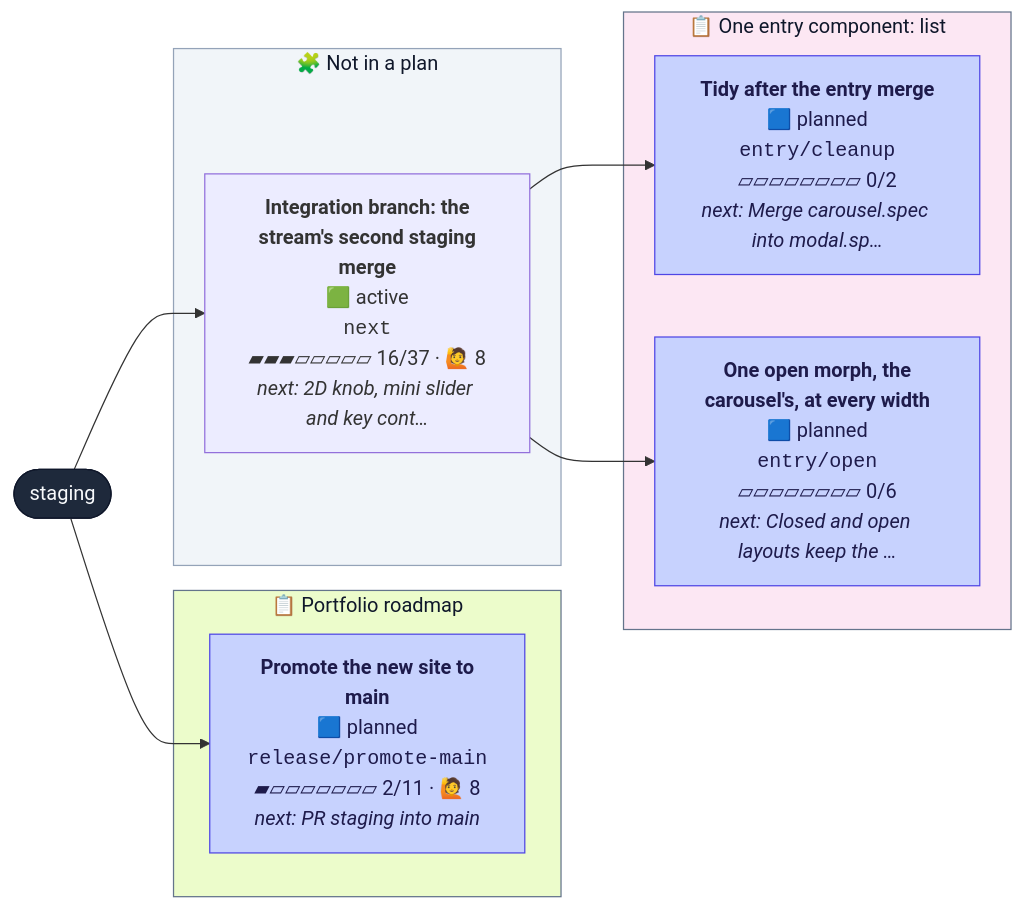
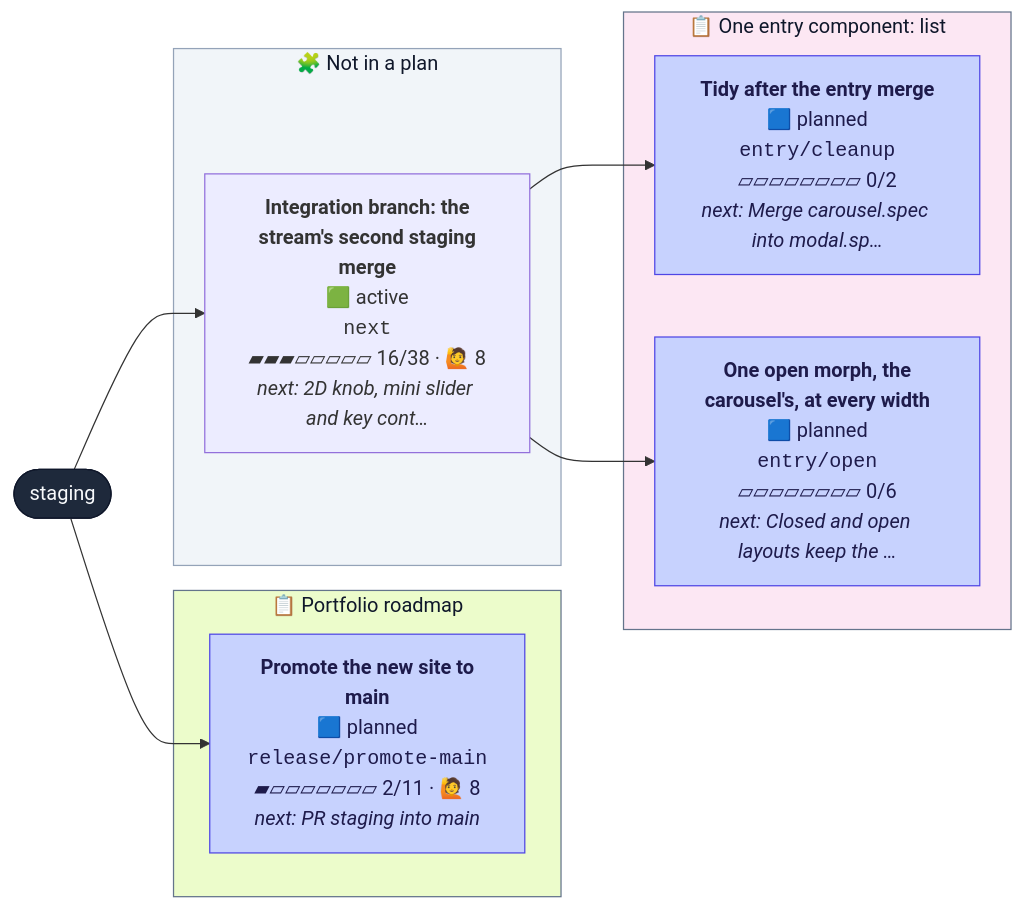
The second of 2 diagrams in CONTRIBUTING.md (henryjonescodes/portfolio), drawn with Mermaid before and after one commit. The commit also changed other lines of this file, not shown here.

````diff
--- a/CONTRIBUTING.md
+++ b/CONTRIBUTING.md
@@ -37,33 +37,33 @@
 ```mermaid
 flowchart LR
   n_staging([staging])
   class n_staging trunk
   subgraph plan_1["📋 One entry component: list"]
     n_entry_cleanup["<b>Tidy after the entry merge</b><br/>🟦 planned<br/><code>entry/cleanup</code><br/>▱▱▱▱▱▱▱▱ 0/2<br/><i>next: Merge carousel.spec into modal.sp…</i>"]
     class n_entry_cleanup planned
     n_entry_open["<b>One open morph, the<br/>carousel's, at every width</b><br/>🟦 planned<br/><code>entry/open</code><br/>▱▱▱▱▱▱▱▱ 0/6<br/><i>next: Closed and open layouts keep the …</i>"]
     class n_entry_open planned
   end
   style plan_1 fill:#fce7f3,stroke:#64748b,color:#0f172a
   subgraph plan_2["📋 Portfolio roadmap"]
     n_release_promote_main["<b>Promote the new site to<br/>main</b><br/>🟦 planned<br/><code>release/promote-main</code><br/>▰▱▱▱▱▱▱▱ 2/11 · 🙋 8<br/><i>next: PR staging into main</i>"]
     class n_release_promote_main planned
   end
   style plan_2 fill:#ecfccb,stroke:#64748b,color:#0f172a
   subgraph loose["🧩 Not in a plan"]
-    n_next["<b>Integration branch: the<br/>stream's second staging<br/>merge</b><br/>🟩 active<br/><code>next</code><br/>▰▰▰▱▱▱▱▱ 16/37 · 🙋 8<br/><i>next: 2D knob, mini slider and key cont…</i>"]
+    n_next["<b>Integration branch: the<br/>stream's second staging<br/>merge</b><br/>🟩 active<br/><code>next</code><br/>▰▰▰▱▱▱▱▱ 16/38 · 🙋 8<br/><i>next: 2D knob, mini slider and key cont…</i>"]
     class n_next active,current
   end
   style loose fill:#f1f5f9,stroke:#94a3b8,color:#0f172a
   n_next --> n_entry_cleanup
   n_next --> n_entry_open
   n_staging --> n_next
   n_staging --> n_release_promote_main
   classDef planned fill:#c7d2fe,stroke:#4f46e5,color:#1e1b4b
   classDef sketched fill:#f8fafc,stroke:#64748b,stroke-dasharray:4 3,color:#334155
   classDef active fill:#bbf7d0,stroke:#16a34a,stroke-width:3px,color:#052e16
   classDef review fill:#fde68a,stroke:#d97706,stroke-width:3px,color:#451a03
   classDef blocked fill:#fecaca,stroke:#dc2626,stroke-width:3px,color:#450a0a
   classDef trunk fill:#1e293b,stroke:#0f172a,color:#f8fafc
   classDef current stroke:#0ea5e9,stroke-width:5px
 ```
````
